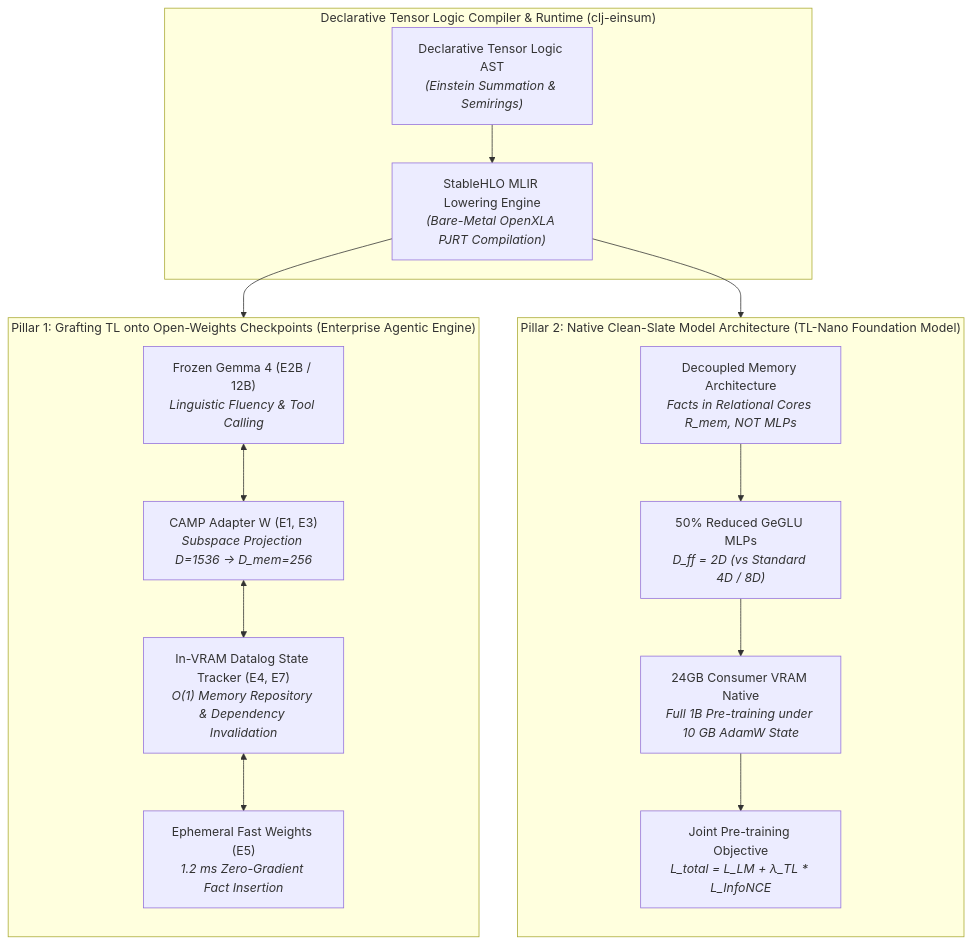
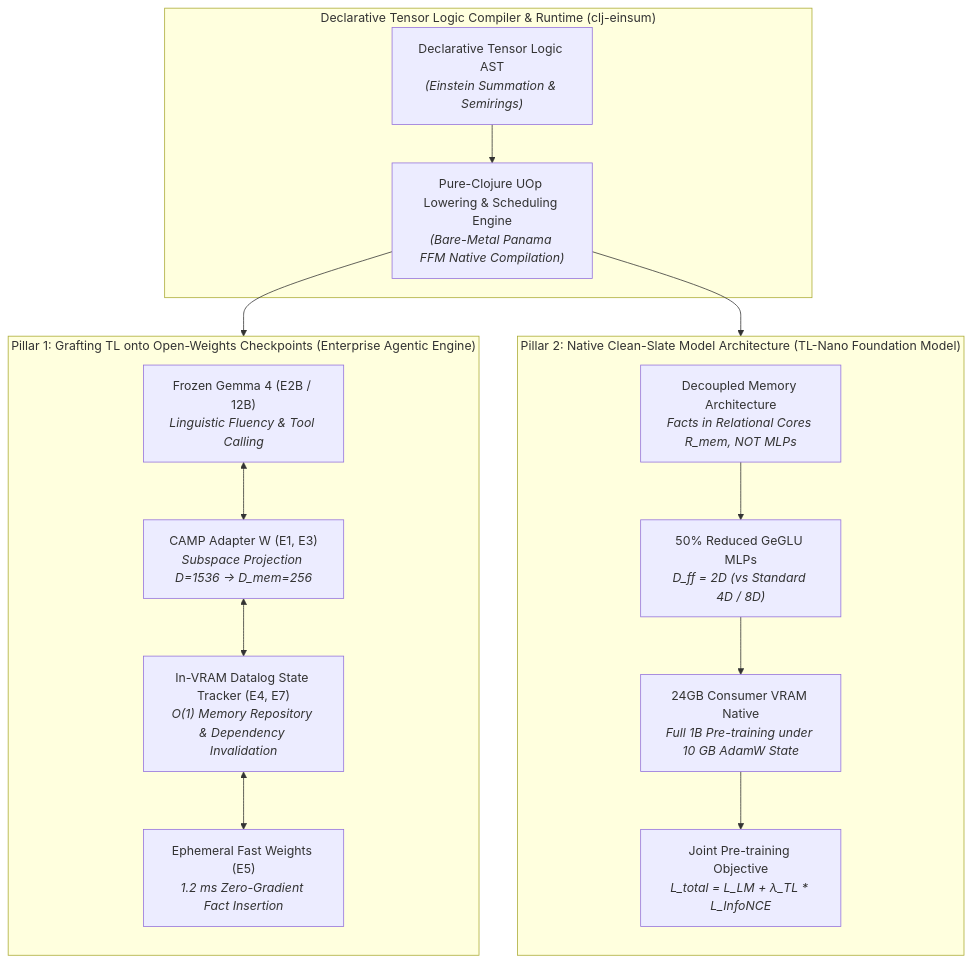
One commit to alpeware/clj-einsum changed the first of 2 diagrams in docs/tensor_logic/architectural_pillars_and_novelty.md. Above: the diagram before and after it, drawn with Mermaid. The commit also changed other lines of this file and 19 other files, not shown here.

First line of the commit message:
[docs/uop] docs: add uop compiler architecture guide and update design and model docs

````diff
--- a/docs/tensor_logic/architectural_pillars_and_novelty.md
+++ b/docs/tensor_logic/architectural_pillars_and_novelty.md
@@ -19,31 +19,31 @@
 ```mermaid
 flowchart TD
     subgraph Core ["Declarative Tensor Logic Compiler & Runtime (clj-einsum)"]
         AST["Declarative Tensor Logic AST<br/><i>(Einstein Summation & Semirings)</i>"]
-        SHLO["StableHLO MLIR Lowering Engine<br/><i>(Bare-Metal OpenXLA PJRT Compilation)</i>"]
-        AST --> SHLO
+        UOP["Pure-Clojure UOp Lowering & Scheduling Engine<br/><i>(Bare-Metal Panama FFM Native Compilation)</i>"]
+        AST --> UOP
     end
 
     subgraph Pillar1 ["Pillar 1: Grafting TL onto Open-Weights Checkpoints (Enterprise Agentic Engine)"]
         direction TB
         FrozenLLM["Frozen Gemma 4 (E2B / 12B)<br/><i>Linguistic Fluency & Tool Calling</i>"]
         AdapterW["CAMP Adapter W (E1, E3)<br/><i>Subspace Projection D=1536 → D_mem=256</i>"]
         DatalogState["In-VRAM Datalog State Tracker (E4, E7)<br/><i>O(1) Memory Repository & Dependency Invalidation</i>"]
         FastWeights["Ephemeral Fast Weights (E5)<br/><i>1.2 ms Zero-Gradient Fact Insertion</i>"]
         FrozenLLM <--> AdapterW
         AdapterW <--> DatalogState
         DatalogState <--> FastWeights
     end
 
     subgraph Pillar2 ["Pillar 2: Native Clean-Slate Model Architecture (TL-Nano Foundation Model)"]
         direction TB
         Decoupled["Decoupled Memory Architecture<br/><i>Facts in Relational Cores R_mem, NOT MLPs</i>"]
         HalfMLP["50% Reduced GeGLU MLPs<br/><i>D_ff = 2D (vs Standard 4D / 8D)</i>"]
         ConsumerTrain["24GB Consumer VRAM Native<br/><i>Full 1B Pre-training under 10 GB AdamW State</i>"]
         JointLoss["Joint Pre-training Objective<br/><i>L_total = L_LM + λ_TL * L_InfoNCE</i>"]
         Decoupled --> HalfMLP --> ConsumerTrain --> JointLoss
     end
 
-    SHLO --> Pillar1
-    SHLO --> Pillar2
+    UOP --> Pillar1
+    UOP --> Pillar2
 ```
````
